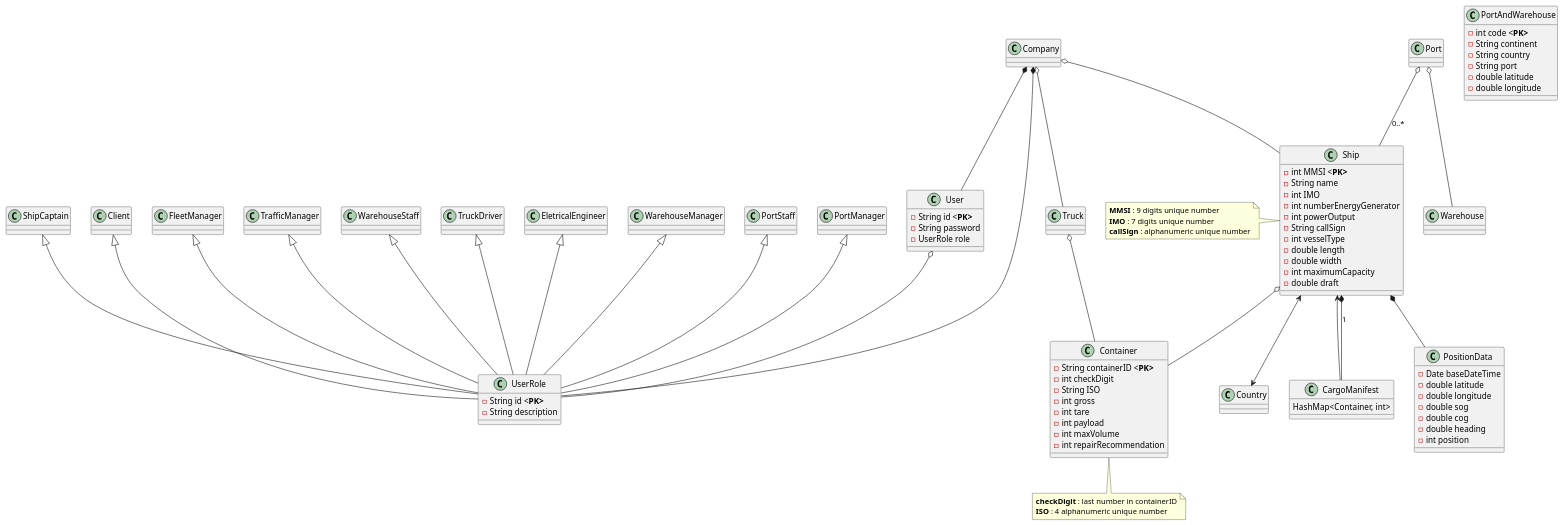
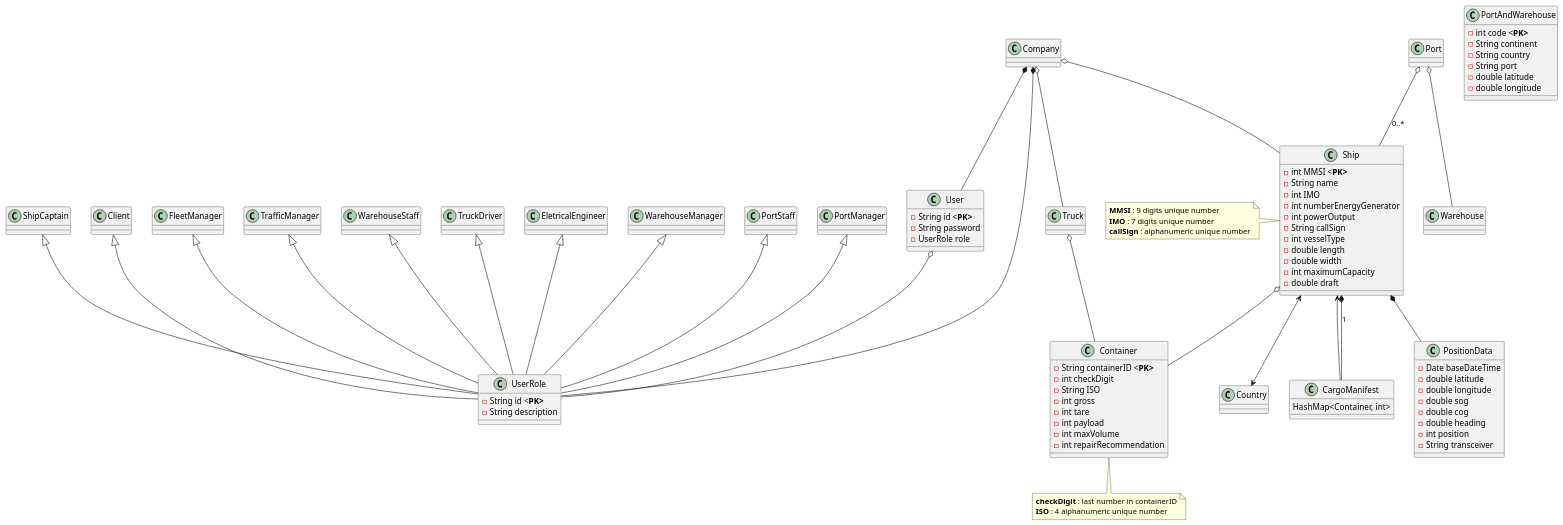
One commit to LourencoMelo/ISEP-LAPR3-ESINF changed the diagram in Docs/Domain Model.puml. Above: the diagram before and after it, drawn with PlantUML. The commit also changed 6 other files, not shown here.

```diff
--- a/Docs/Domain Model.puml
+++ b/Docs/Domain Model.puml
@@ -1,154 +1,155 @@
 @startuml
 
 class Ship {
 
     -int MMSI <<b>PK>
     -String name
     -int IMO
     -int numberEnergyGenerator
     -int powerOutput
     -String callSign
     -int vesselType
     -double length
     -double width
     -int maximumCapacity
     -double draft
 }
 
 note left: <b>MMSI</b> : 9 digits unique number\n<b>IMO</b> : 7 digits unique number\n<b>callSign</b> : alphanumeric unique number
 
 
 class Container {
 
     -String containerID <<b>PK>
     -int checkDigit
     -String ISO
     -int gross
     -int tare
     -int payload
     -int maxVolume
     -int repairRecommendation
 
 }
 
 note bottom: <b>checkDigit</b> : last number in containerID\n<b>ISO</b> : 4 alphanumeric unique number
 
 
 class PortAndWarehouse {
     -int code <<b>PK>
     -String continent
     -String country
     -String port
     -double latitude
     -double longitude
 
 }
 
 
 class Truck{
 }
 
 class User{
     -String id <<b>PK>
     -String password
     -UserRole role
 }
 
 class UserRole{
     -String id <<b>PK>
     -String description
 }
 
 class Client{
 }
 
 class FleetManager{
 }
 
 class TrafficManager{
 }
 
 class WarehouseStaff{
 }
 
 class WarehouseManager{
 }
 
 class PortStaff{
 }
 
 class PortManager{
 }
 
 class ShipCaptain{
 }
 
 class EletricalEngineer{
 }
 
 class TruckDriver{
 }
 
 class PositionData{
     -Date baseDateTime
     -double latitude
     -double longitude
     -double sog
     -double cog
     -double heading
     -int position
+    -String transceiver
 
 }
 
 
 class CargoManifest{
     HashMap<Container, int>
 }
 
 class Country {
 
 }
 
 class Company {
 
 }
 
 'Inheritance connections
 
 Client <|-- UserRole
 FleetManager <|-- UserRole
 TrafficManager <|-- UserRole
 WarehouseStaff <|-- UserRole
 WarehouseManager <|-- UserRole
 PortStaff <|-- UserRole
 PortManager <|-- UserRole
 ShipCaptain <|-- UserRole
 EletricalEngineer <|-- UserRole
 TruckDriver <|-- UserRole
 
 
 'Aggregation connections
 
 User o-- UserRole
 Ship o-- Container
 Truck o-- Container
 Company o-- Ship
 Company o-- Truck
 Port o-- Ship : 0..*
 Port o-- Warehouse
 
 
 'Composition connections
 
 Company *-- User
 Company *-- UserRole
 Ship *-- CargoManifest : 1
 Ship *-- PositionData
 
 
 'Association connections
 
 CargoManifest --> Ship
 Ship <--> Country
 
 @enduml
```
